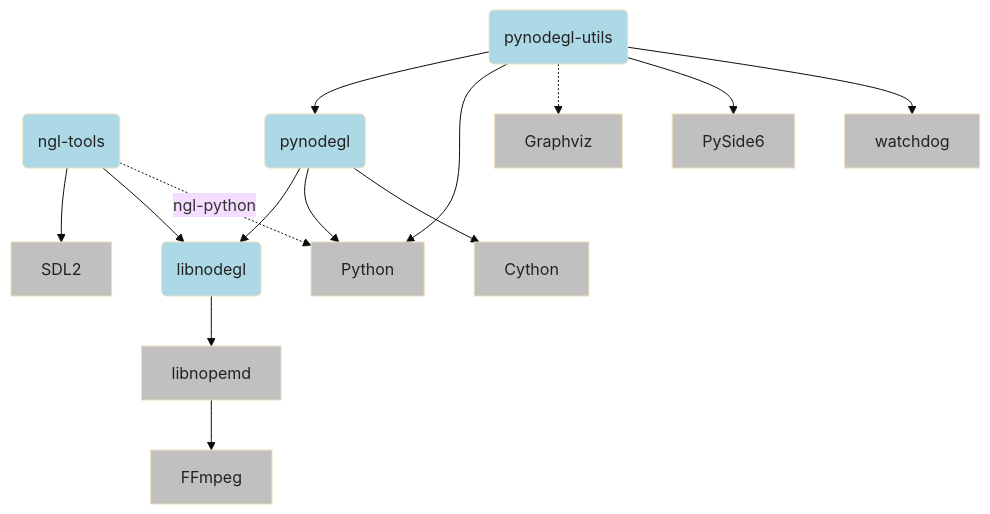
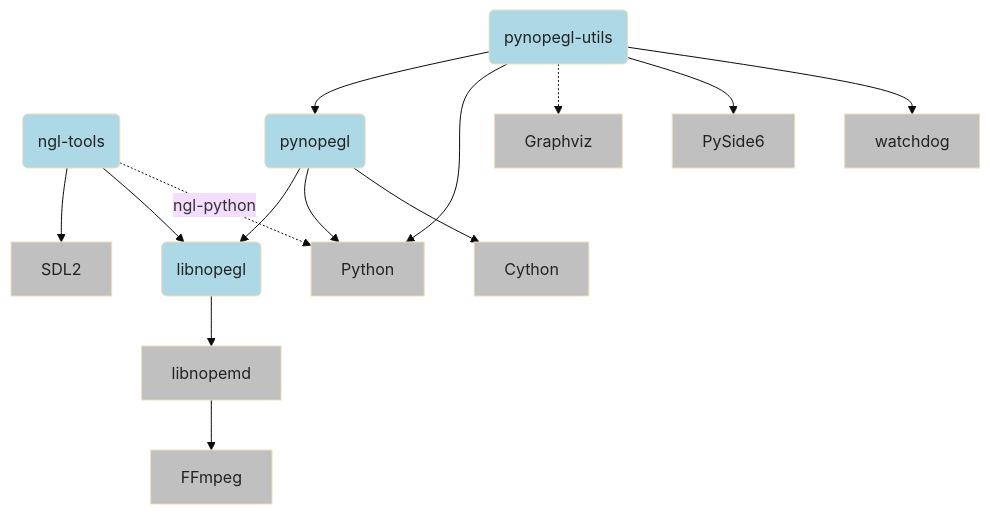
One commit to NopeForge/nope.gl changed the diagram in doc/dev/ref/architecture.md. Above: the diagram before and after it, drawn with Mermaid (base theme). The commit also changed other lines of this file and 592 other files, not shown here.

````diff
--- a/doc/dev/ref/architecture.md
+++ b/doc/dev/ref/architecture.md
@@ -28,35 +28,35 @@
 ```mermaid
 graph
-    libnodegl(libnodegl)
+    libnopegl(libnopegl)
     ngl_tools(ngl-tools)
-    pynodegl(pynodegl)
-    pynodegl_utils(pynodegl-utils)
+    pynopegl(pynopegl)
+    pynopegl_utils(pynopegl-utils)
 
     cython[Cython]
     ffmpeg[FFmpeg]
     graphviz[Graphviz]
     pyside6[PySide6]
     python[Python]
     sdl2[SDL2]
     libnopemd[libnopemd]
     watchdog[watchdog]
 
     libnopemd --> ffmpeg
-    libnodegl --> libnopemd
+    libnopegl --> libnopemd
     ngl_tools --> sdl2
-    ngl_tools --> libnodegl
+    ngl_tools --> libnopegl
     ngl_tools -. ngl-python .-> python
-    pynodegl --> libnodegl
-    pynodegl --> python
-    pynodegl --> cython
-    pynodegl_utils --> pynodegl
-    pynodegl_utils --> python
-    pynodegl_utils -.-> graphviz
-    pynodegl_utils --> pyside6
-    pynodegl_utils --> watchdog
+    pynopegl --> libnopegl
+    pynopegl --> python
+    pynopegl --> cython
+    pynopegl_utils --> pynopegl
+    pynopegl_utils --> python
+    pynopegl_utils -.-> graphviz
+    pynopegl_utils --> pyside6
+    pynopegl_utils --> watchdog
 
     classDef ngldep fill:#add8e6,color:#222
     classDef extdep fill:#c0c0c0,color:#222
-    class libnodegl,ngl_tools,pynodegl,pynodegl_utils ngldep
+    class libnopegl,ngl_tools,pynopegl,pynopegl_utils ngldep
     class libnopemd,ffmpeg,sdl2,python,cython,graphviz,pyside6,watchdog extdep
 ```
````
